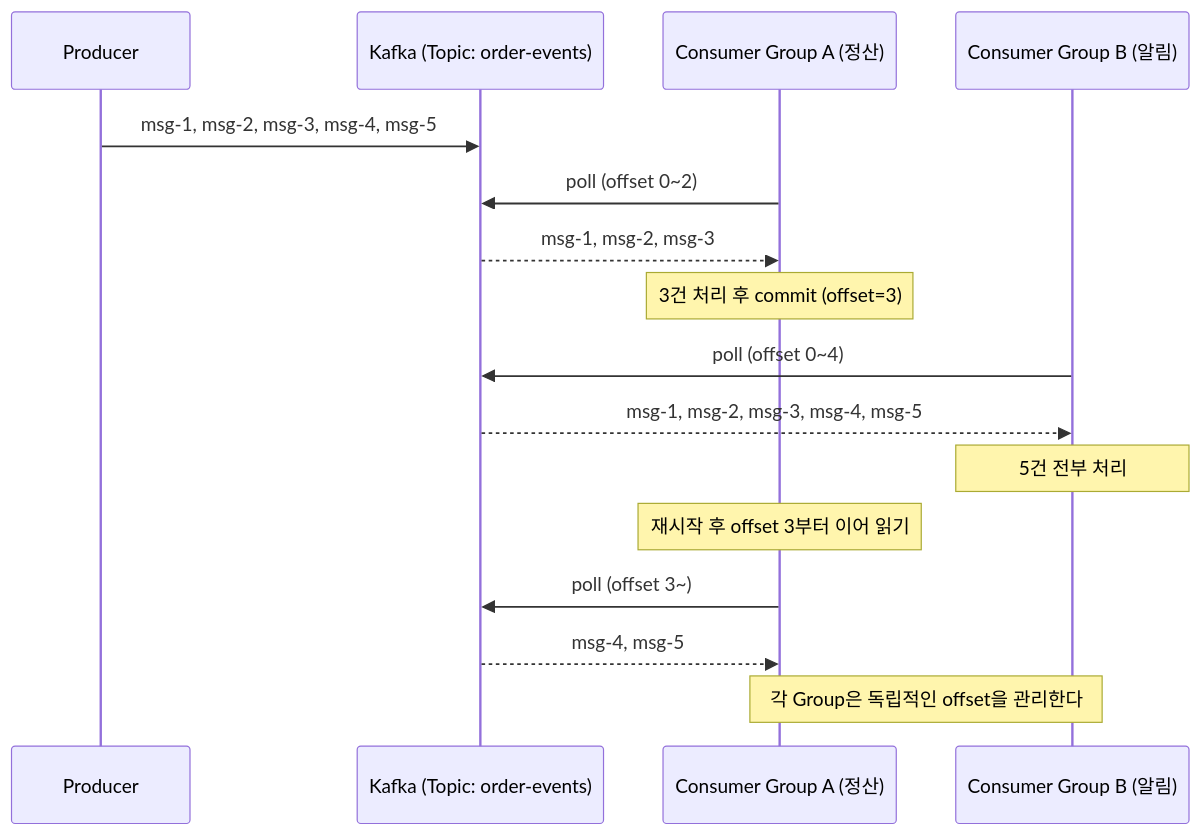
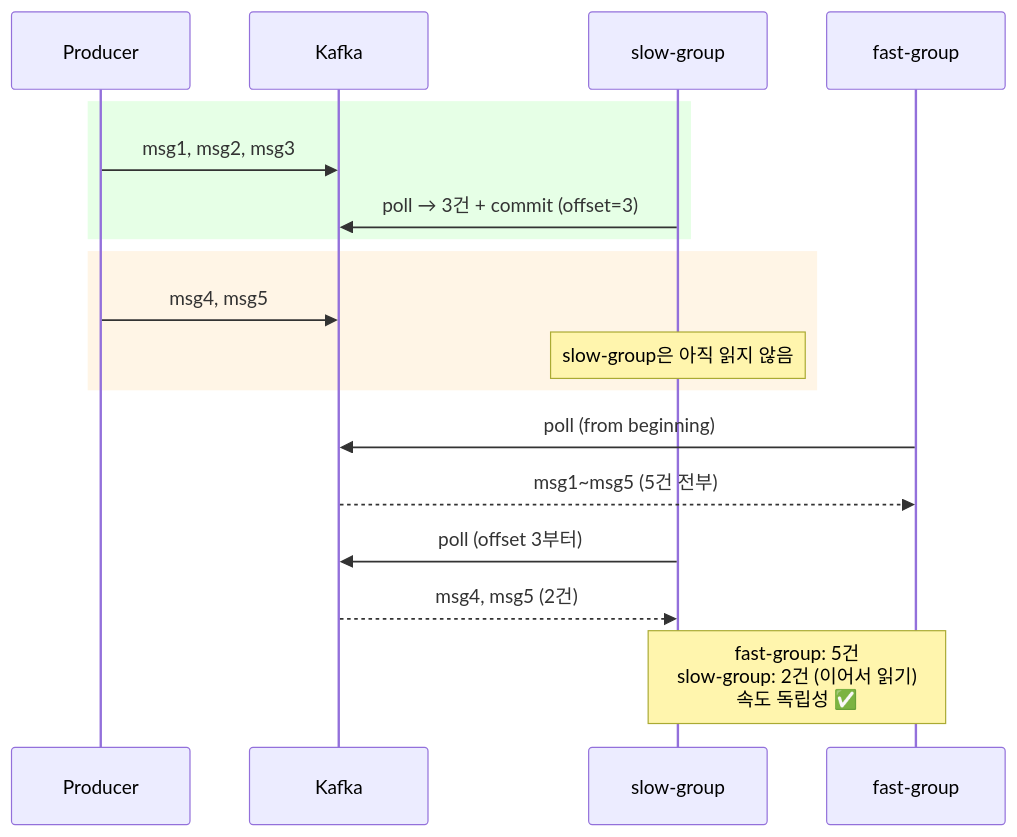
Before and after one commit to katiekim17/messaging-lab: the sixth of 12 diagrams in src/test/java/com/example/messaging/step5_kafka/README.md, drawn with Mermaid. The commit also changed other lines of this file and 6 other files, not shown here.

````diff
--- a/src/test/java/com/example/messaging/step5_kafka/README.md
+++ b/src/test/java/com/example/messaging/step5_kafka/README.md
@@ -39,23 +129,25 @@
 ```mermaid
 sequenceDiagram
-    participant Producer
-    participant Kafka as Kafka (Topic: order-events)
-    participant GroupA as Consumer Group A (정산)
-    participant GroupB as Consumer Group B (알림)
+    participant Prod as Producer
+    participant Kafka as Kafka
+    participant Slow as slow-group
+    participant Fast as fast-group
 
-    Producer->>Kafka: msg-1, msg-2, msg-3, msg-4, msg-5
+    rect rgb(230, 255, 230)
+        Prod->>Kafka: msg1, msg2, msg3
+        Slow->>Kafka: poll → 3건 + commit (offset=3)
+    end
 
-    GroupA->>Kafka: poll (offset 0~2)
-    Kafka-->>GroupA: msg-1, msg-2, msg-3
-    Note over GroupA: 3건 처리 후 commit (offset=3)
+    rect rgb(255, 245, 230)
+        Prod->>Kafka: msg4, msg5
+        Note over Slow: slow-group은 아직 읽지 않음
+    end
 
-    GroupB->>Kafka: poll (offset 0~4)
-    Kafka-->>GroupB: msg-1, msg-2, msg-3, msg-4, msg-5
-    Note over GroupB: 5건 전부 처리
+    Fast->>Kafka: poll (from beginning)
+    Kafka-->>Fast: msg1~msg5 (5건 전부)
 
-    Note over GroupA: 재시작 후 offset 3부터 이어 읽기
-    GroupA->>Kafka: poll (offset 3~)
-    Kafka-->>GroupA: msg-4, msg-5
+    Slow->>Kafka: poll (offset 3부터)
+    Kafka-->>Slow: msg4, msg5 (2건)
 
-    Note over GroupA,GroupB: 각 Group은 독립적인 offset을 관리한다
+    Note over Slow,Fast: fast-group: 5건<br/>slow-group: 2건 (이어서 읽기)<br/>속도 독립성 ✅
 ```
````
